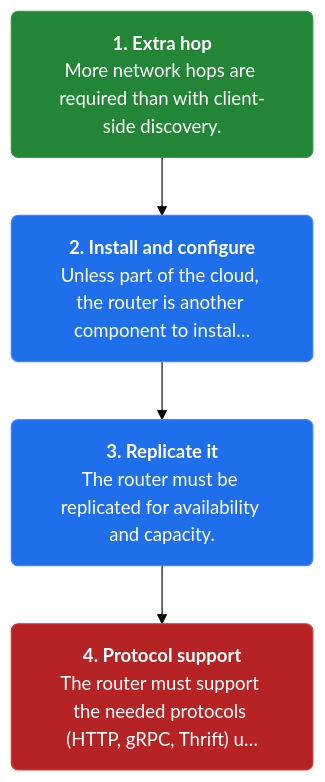
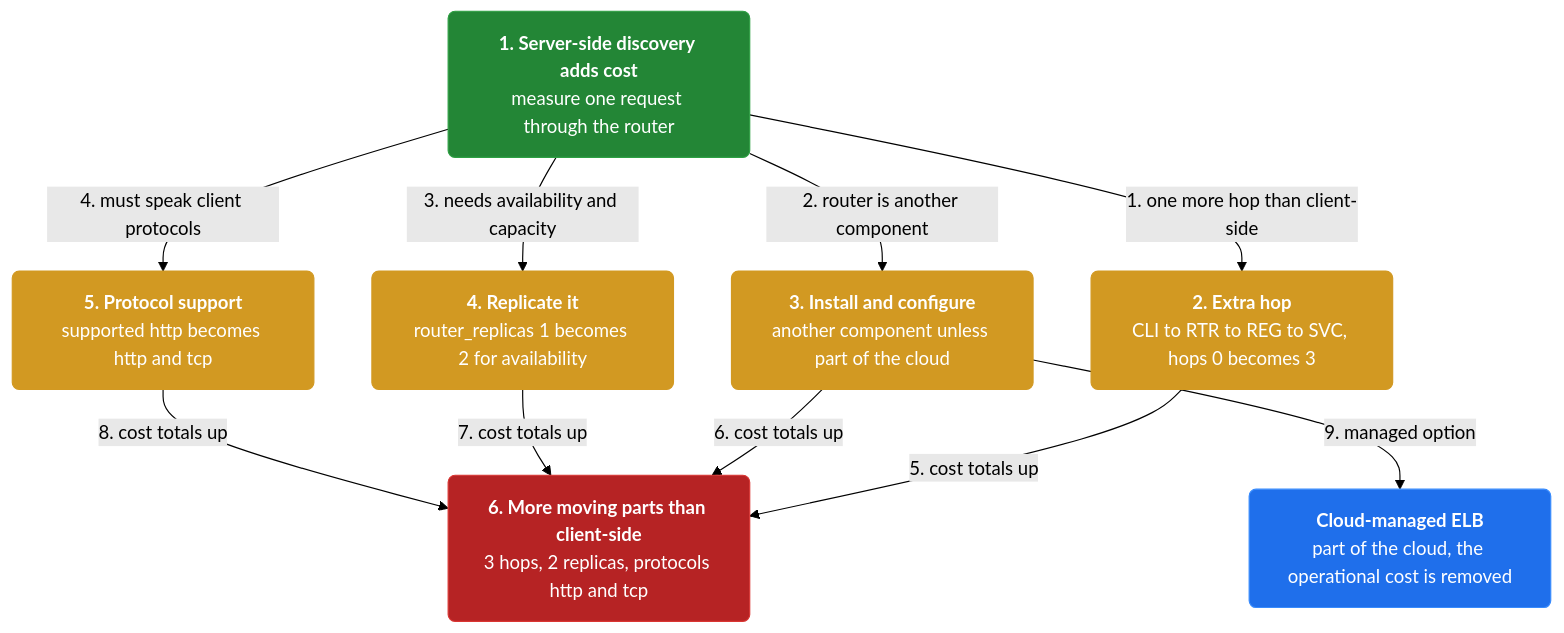
One commit to vinayakuber/microservices-io-study-guide changed the fourth of 4 diagrams in docs/ch11-server-side-discovery.md. Above: the diagram before and after it, drawn with Mermaid (forest theme). The commit also changed other lines of this file and 46 other files, not shown here.

First line of the commit message:
Author rich branching flow diagrams for all 44 chapters

````diff
--- a/docs/ch11-server-side-discovery.md
+++ b/docs/ch11-server-side-discovery.md
@@ -139,13 +169,24 @@
 ```mermaid
 flowchart TD
-  classDef step fill:#1f6feb,color:#ffffff,stroke:#388bfd,stroke-width:1px,rx:6
+  classDef step fill:#1f6feb,color:#ffffff,stroke:#388bfd,rx:6
+  classDef core fill:#8250df,color:#ffffff,stroke:#8250df,rx:6
+  classDef warn fill:#d29922,color:#ffffff,stroke:#d29922,rx:6
   classDef start fill:#238636,color:#ffffff,stroke:#2ea043,rx:6
   classDef stop fill:#b62324,color:#ffffff,stroke:#da3633,rx:6
-  s3n0["<b>1. Extra hop</b><br/>More network hops are required than with client-side discovery."]:::start
-  s3n1["<b>2. Install and configure</b><br/>Unless part of the cloud, the router is another component to instal…"]:::step
-  s3n2["<b>3. Replicate it</b><br/>The router must be replicated for availability and capacity."]:::step
-  s3n3["<b>4. Protocol support</b><br/>The router must support the needed protocols (HTTP, gRPC, Thrift) u…"]:::stop
-  s3n0 --> s3n1
-  s3n1 --> s3n2
-  s3n2 --> s3n3
+  n0["<b>1. Server-side discovery adds cost</b><br/>measure one request through the router"]:::start
+  n1["<b>2. Extra hop</b><br/>CLI to RTR to REG to SVC, hops 0 becomes 3"]:::warn
+  n2["<b>3. Install and configure</b><br/>another component unless part of the cloud"]:::warn
+  n3["<b>4. Replicate it</b><br/>router_replicas 1 becomes 2 for availability"]:::warn
+  n4["<b>5. Protocol support</b><br/>supported http becomes http and tcp"]:::warn
+  n5["<b>6. More moving parts than client-side</b><br/>3 hops, 2 replicas, protocols http and tcp"]:::stop
+  n6["<b>Cloud-managed ELB</b><br/>part of the cloud, the operational cost is removed"]:::step
+  n0 -->|"1. one more hop than client-side"| n1
+  n0 -->|"2. router is another component"| n2
+  n0 -->|"3. needs availability and capacity"| n3
+  n0 -->|"4. must speak client protocols"| n4
+  n1 -->|"5. cost totals up"| n5
+  n2 -->|"6. cost totals up"| n5
+  n3 -->|"7. cost totals up"| n5
+  n4 -->|"8. cost totals up"| n5
+  n2 -->|"9. managed option"| n6
 ```
````
